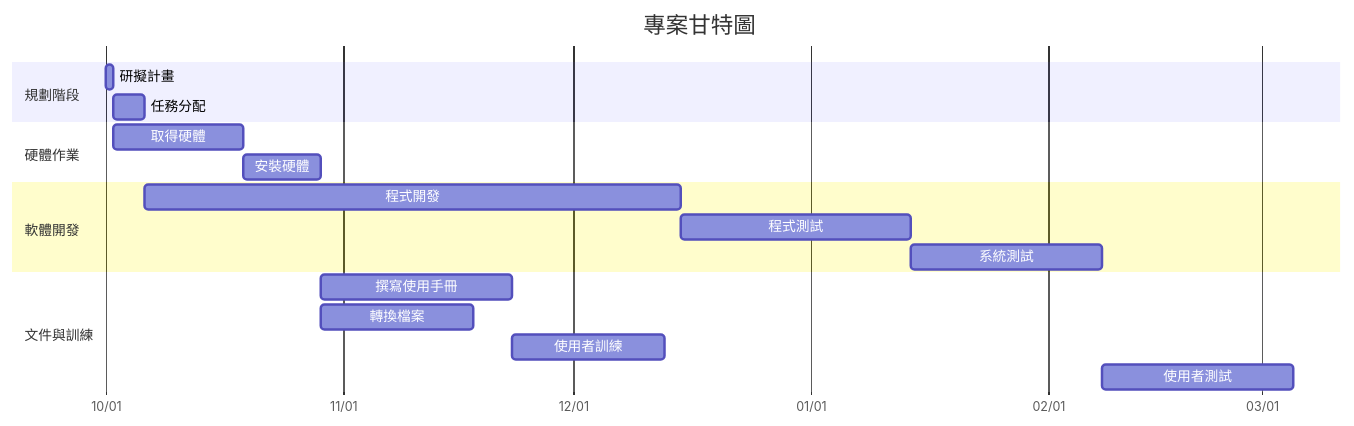
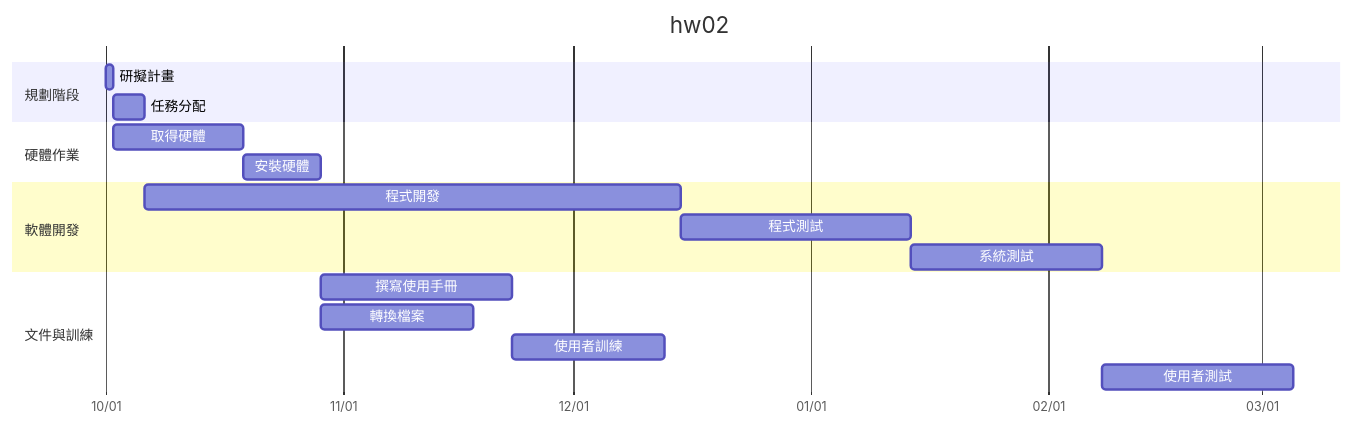
Before and after one commit to yz0216/hw2.md: the diagram in hw2.md, drawn with Mermaid.

````diff
--- a/hw2.md
+++ b/hw2.md
@@ -1,25 +1,25 @@
 ```mermaid
 gantt
-    title 專案甘特圖
+    title hw02
     dateFormat  YYYY-MM-DD
     axisFormat  %m/%d
 
     section 規劃階段
     研擬計畫          :a1, 2025-10-01, 1d
     任務分配          :a2, after a1, 4d
 
     section 硬體作業
     取得硬體          :a3, after a1, 17d
     安裝硬體          :a5, after a3, 10d
 
     section 軟體開發
     程式開發          :a4, after a2, 70d
     程式測試          :a6, after a4, 30d
     系統測試          :a9, after a6, 25d
 
     section 文件與訓練
     撰寫使用手冊      :a7, after a5, 25d
     轉換檔案          :a8, after a5, 20d
     使用者訓練        :a10, after a7 a8, 20d
     使用者測試        :a11, after a9 a10, 25d
 ```
````
